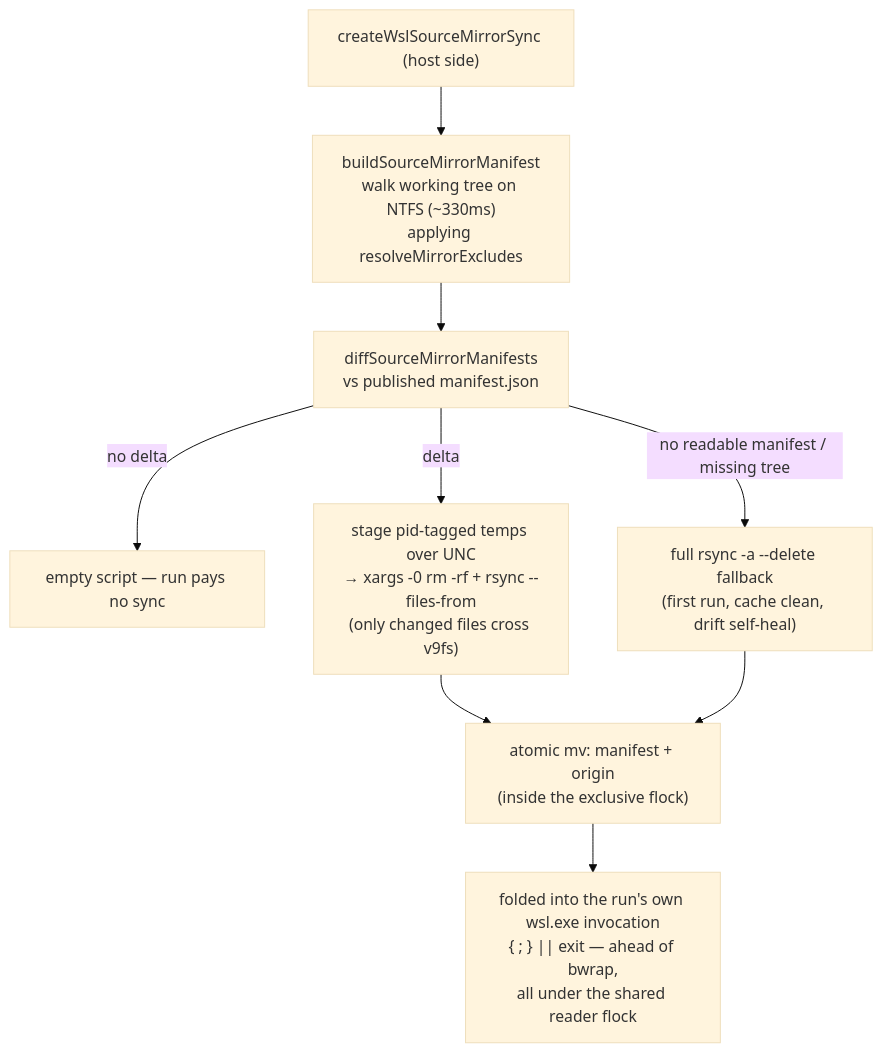
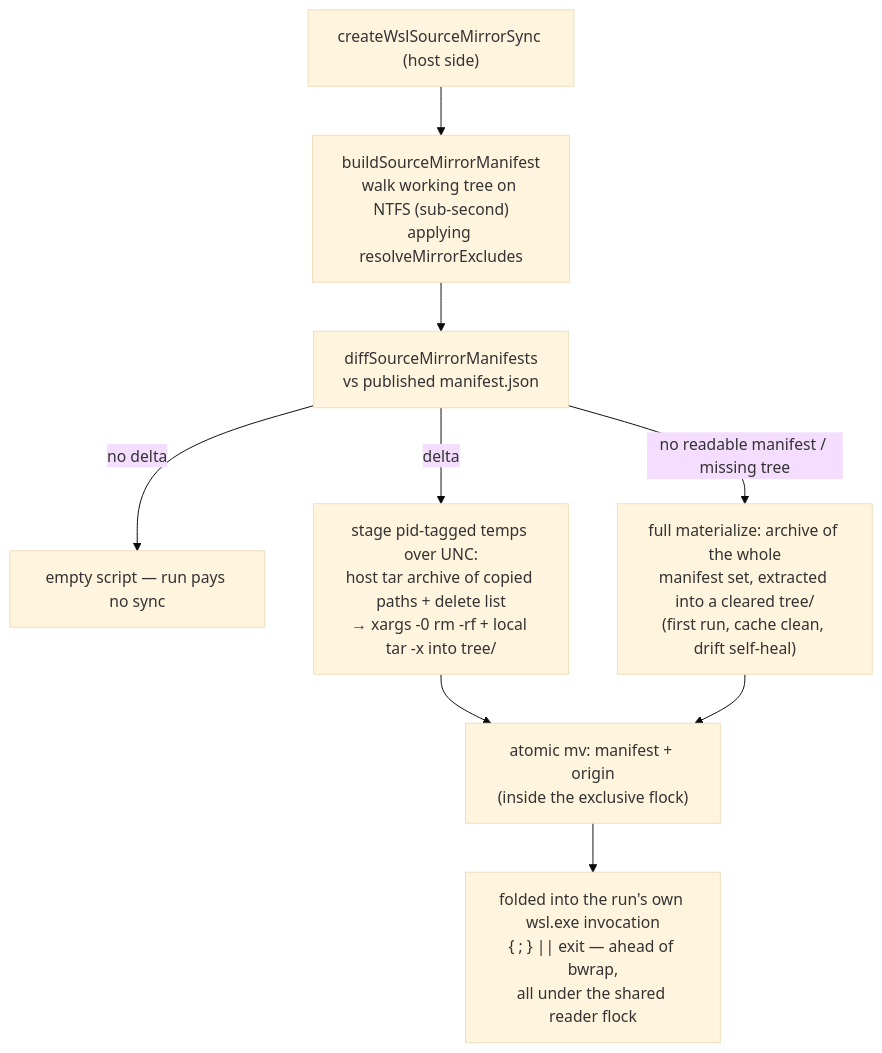
The diagram in packages/app/content/docs/virrun/wsl-source-mirror.md (Esposter/Esposter), drawn with Mermaid (base theme) before and after one commit. The commit also changed other lines of this file and 4 other files, not shown here.

````diff
--- a/packages/app/content/docs/virrun/wsl-source-mirror.md
+++ b/packages/app/content/docs/virrun/wsl-source-mirror.md
@@ -18,11 +20,11 @@
 ```mermaid
 flowchart TB
-    plan["createWslSourceMirrorSync (host side)"] --> walk["buildSourceMirrorManifest\nwalk working tree on NTFS (~330ms)\napplying resolveMirrorExcludes"]
+    plan["createWslSourceMirrorSync (host side)"] --> walk["buildSourceMirrorManifest\nwalk working tree on NTFS (sub-second)\napplying resolveMirrorExcludes"]
     walk --> diff["diffSourceMirrorManifests\nvs published manifest.json"]
     diff -->|"no delta"| skipped["empty script — run pays no sync"]
-    diff -->|"delta"| delta["stage pid-tagged temps over UNC\n→ xargs -0 rm -rf + rsync --files-from\n(only changed files cross v9fs)"]
-    diff -->|"no readable manifest / missing tree"| full["full rsync -a --delete fallback\n(first run, cache clean, drift self-heal)"]
+    diff -->|"delta"| delta["stage pid-tagged temps over UNC:\nhost tar archive of copied paths + delete list\n→ xargs -0 rm -rf + local tar -x into tree/"]
+    diff -->|"no readable manifest / missing tree"| full["full materialize: archive of the whole\nmanifest set, extracted into a cleared tree/\n(first run, cache clean, drift self-heal)"]
     delta --> publish["atomic mv: manifest + origin\n(inside the exclusive flock)"]
     full --> publish
     publish --> bwrap["folded into the run's own wsl.exe invocation\n{ <sync>; } || exit — ahead of bwrap,\nall under the shared reader flock"]
 ```
````
